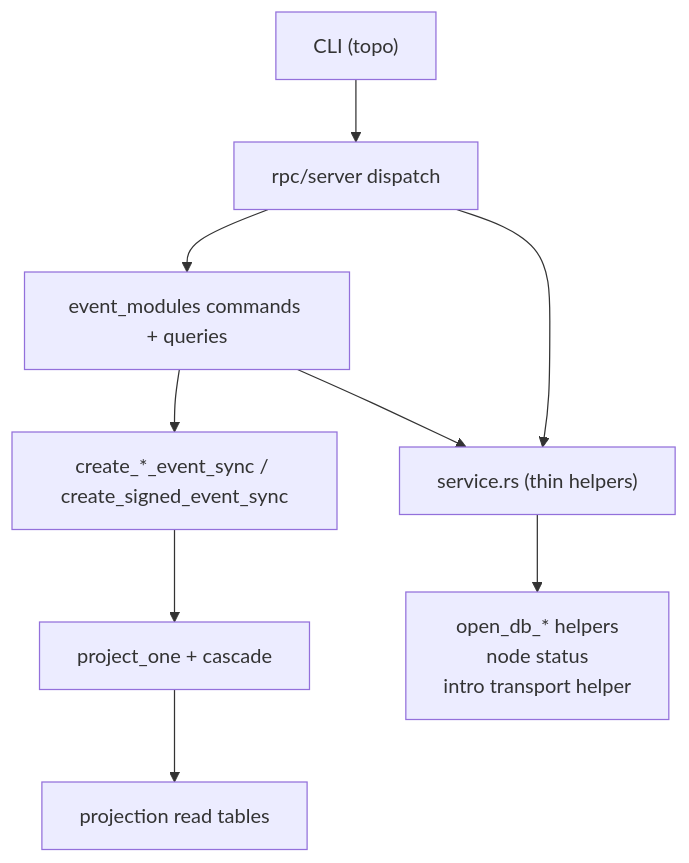
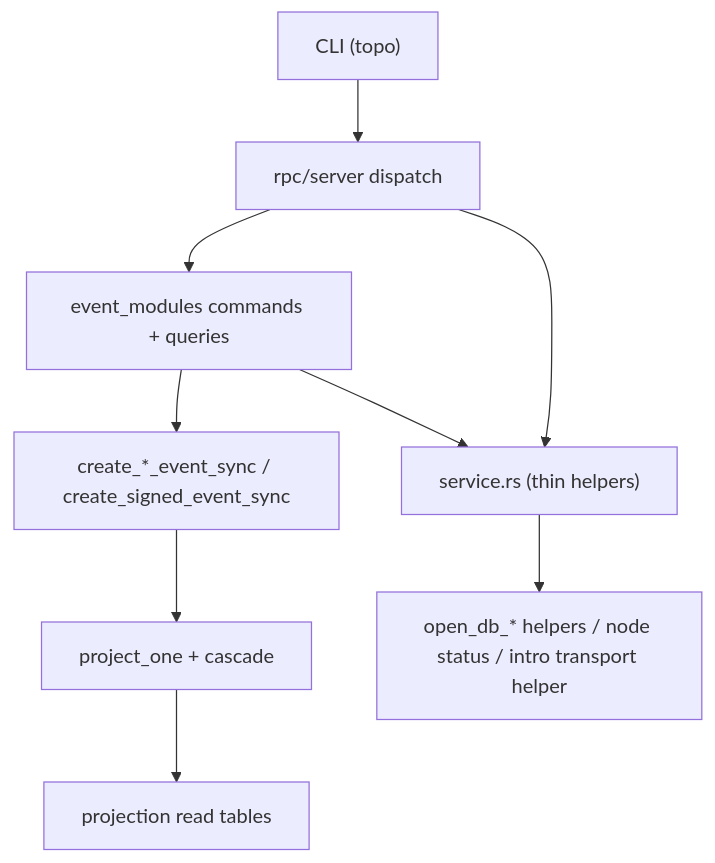
One commit to holmesworcester/topo changed the first of 4 diagrams in docs/CURRENT_RUNTIME_DIAGRAM.md. Above: the diagram before and after it, drawn with Mermaid. The commit also changed other lines of this file, not shown here.

Commit message:
Add control-plane and event-pipeline boundaries to topology diagram

````diff
--- a/docs/CURRENT_RUNTIME_DIAGRAM.md
+++ b/docs/CURRENT_RUNTIME_DIAGRAM.md
@@ -23,13 +23,13 @@
 ```mermaid
 flowchart TD
     CLI["CLI (topo)"] --> RPC["rpc/server dispatch"]
     RPC --> EM["event_modules commands + queries"]
     RPC --> SVC["service.rs (thin helpers)"]
 
     EM --> SVC
     EM --> CREATE["create_*_event_sync / create_signed_event_sync"]
     CREATE --> PROJ["project_one + cascade"]
     PROJ --> READS["projection read tables"]
 
-    SVC --> INFRA["open_db_* helpers\nnode status\nintro transport helper"]
+    SVC --> INFRA["open_db_* helpers / node status / intro transport helper"]
 ```
````
